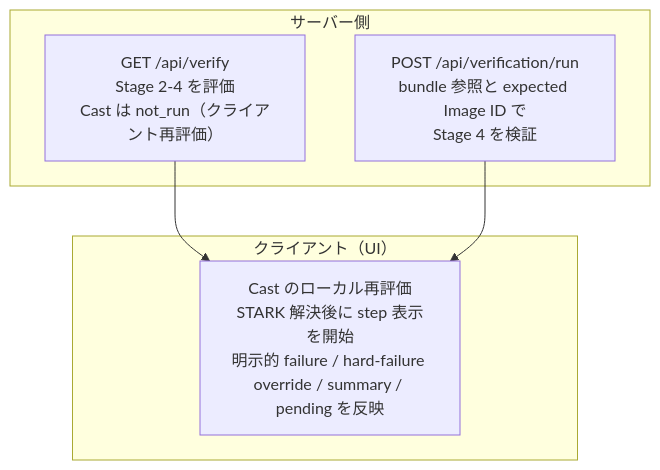
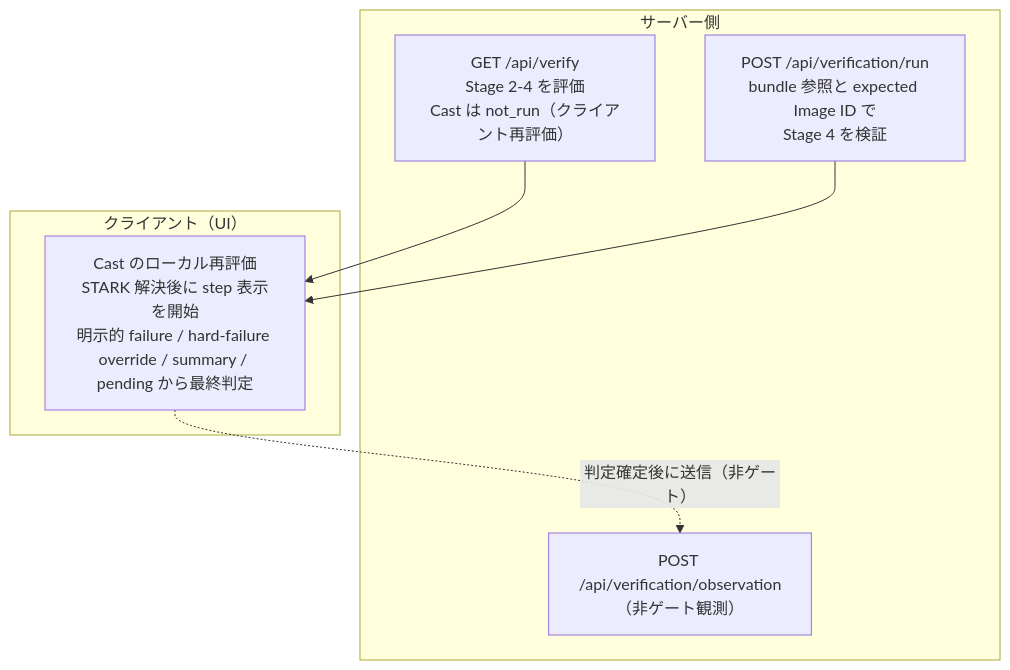
One commit to hwatanabe-jp/stark-ballot-simulator-public changed the first of 2 diagrams in public-book/src/verification/design-and-flow.md. Above: the diagram before and after it, drawn with Mermaid. The commit also changed other lines of this file and 389 other files, not shown here.

````diff
--- a/public-book/src/verification/design-and-flow.md
+++ b/public-book/src/verification/design-and-flow.md
@@ -52,14 +41,16 @@
 ```mermaid
 flowchart TD
   subgraph SERVER["サーバー側"]
     VFY["GET /api/verify<br/>Stage 2-4 を評価<br/>Cast は not_run（クライアント再評価）"]
     RUN["POST /api/verification/run<br/>bundle 参照と expected Image ID で<br/>Stage 4 を検証"]
+    OBS["POST /api/verification/observation<br/>（非ゲート観測）"]
   end
 
   subgraph CLIENT["クライアント（UI）"]
-    UI["Cast のローカル再評価<br/>STARK 解決後に step 表示を開始<br/>明示的 failure / hard-failure override / summary / pending を反映"]
+    UI["Cast のローカル再評価<br/>STARK 解決後に step 表示を開始<br/>明示的 failure / hard-failure override / summary / pending から最終判定"]
   end
 
   VFY --> UI
   RUN --> UI
+  UI -. "判定確定後に送信（非ゲート）" .-> OBS
 ```
````
